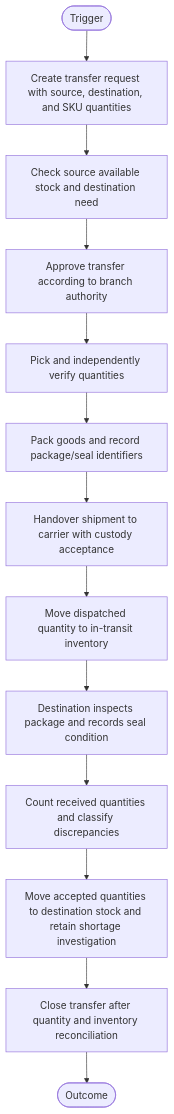
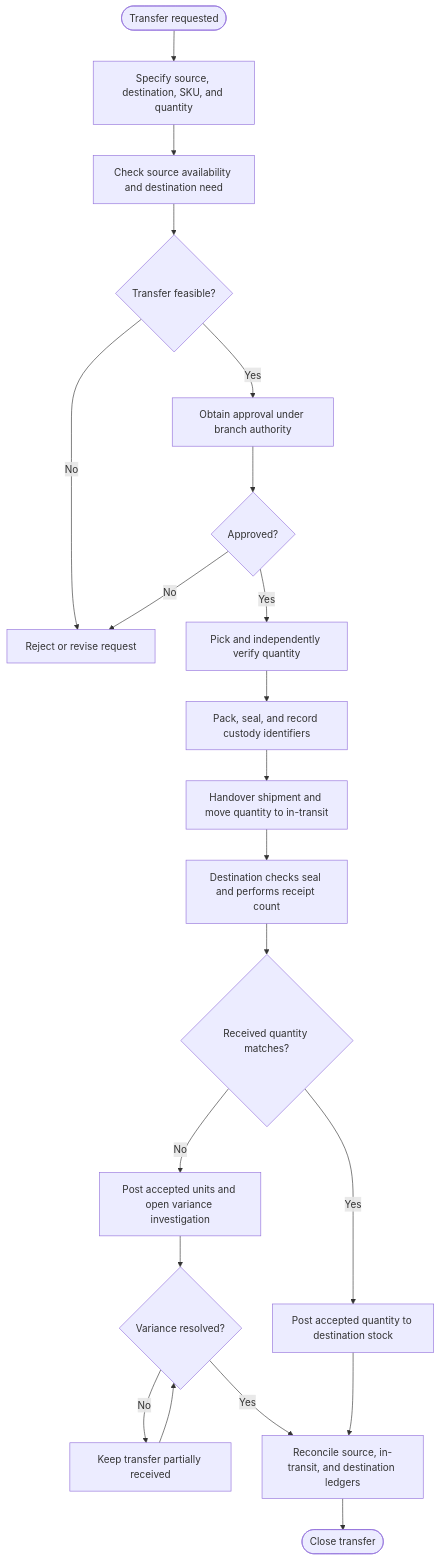
The first of 3 diagrams in 04-supply-chain-and-inventory/inter-branch-stock-transfer.md (reviveproject4-source/visual-business-flows), drawn with Mermaid before and after one commit. The commit also changed other lines of this file and 14 other files, not shown here.

First line of the commit message:
Align workflow diagrams with business rules and exceptions

````diff
--- a/04-supply-chain-and-inventory/inter-branch-stock-transfer.md
+++ b/04-supply-chain-and-inventory/inter-branch-stock-transfer.md
@@ -56,26 +56,23 @@
 ```mermaid
 flowchart TD
-    Start([Trigger]) --> S1
-    S1[Create transfer request with source, destination, and SKU quantities]
-    S2[Check source available stock and destination need]
-    S3[Approve transfer according to branch authority]
-    S4[Pick and independently verify quantities]
-    S5[Pack goods and record package/seal identifiers]
-    S6[Handover shipment to carrier with custody acceptance]
-    S7[Move dispatched quantity to in-transit inventory]
-    S8[Destination inspects package and records seal condition]
-    S9[Count received quantities and classify discrepancies]
-    S10[Move accepted quantities to destination stock and retain shortage investigation]
-    S11[Close transfer after quantity and inventory reconciliation]
-    S1 --> S2
-    S2 --> S3
-    S3 --> S4
-    S4 --> S5
-    S5 --> S6
-    S6 --> S7
-    S7 --> S8
-    S8 --> S9
-    S9 --> S10
-    S10 --> S11
-    S11 --> End([Outcome])
+    A([Transfer requested]) --> B[Specify source, destination, SKU, and quantity]
+    B --> C[Check source availability and destination need]
+    C --> D{Transfer feasible?}
+    D -->|No| X[Reject or revise request]
+    D -->|Yes| E[Obtain approval under branch authority]
+    E --> F{Approved?}
+    F -->|No| X
+    F -->|Yes| G[Pick and independently verify quantity]
+    G --> H[Pack, seal, and record custody identifiers]
+    H --> I[Handover shipment and move quantity to in-transit]
+    I --> J[Destination checks seal and performs receipt count]
+    J --> K{Received quantity matches?}
+    K -->|Yes| L[Post accepted quantity to destination stock]
+    K -->|No| M[Post accepted units and open variance investigation]
+    M --> N{Variance resolved?}
+    N -->|No| O[Keep transfer partially received]
+    N -->|Yes| P[Reconcile source, in-transit, and destination ledgers]
+    L --> P
+    O --> N
+    P --> Q([Close transfer])
 ```
````
